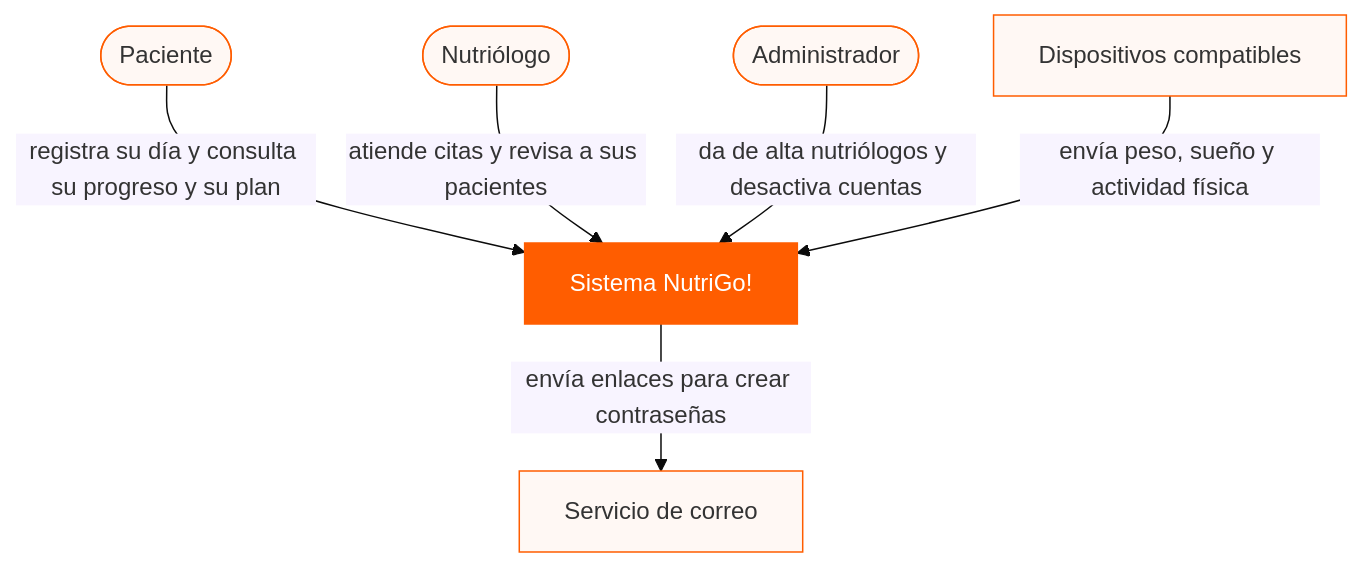
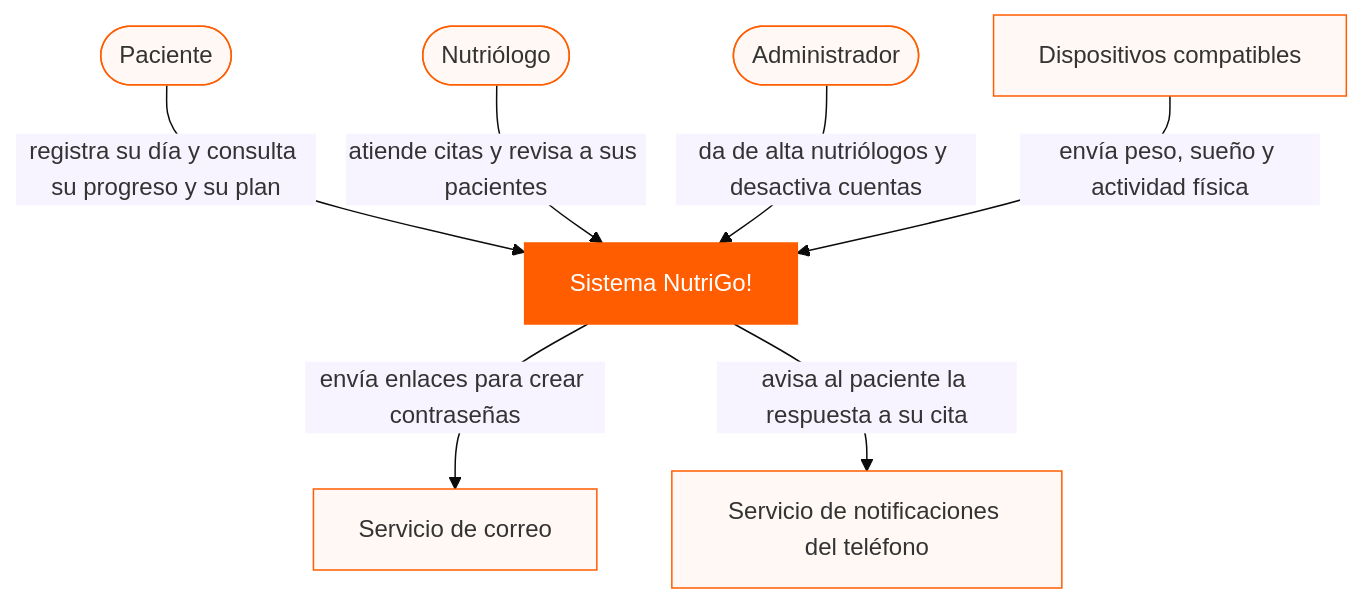
The first of 5 diagrams in docs/arch/diagramas.md (D1eVr/NutriGo-Nutritional-Analysis), drawn with Mermaid before and after one commit. The commit also changed other lines of this file and 13 other files, not shown here.

First line of the commit message:
Add architectural decision records and diagrams for NutriGo!

````diff
--- a/docs/arch/diagramas.md
+++ b/docs/arch/diagramas.md
@@ -30,18 +47,20 @@
 ```mermaid
 %%{init: {'theme':'base','themeVariables':{'primaryColor':'#fff8f4','primaryBorderColor':'#ff5d00'}}}%%
 flowchart TD
     pac([Paciente])
     nut([Nutriólogo])
     adm([Administrador])
     sis[Sistema NutriGo!]
     disp[Dispositivos compatibles]
     correo[Servicio de correo]
+    avisos[Servicio de notificaciones del teléfono]
 
     pac -->|registra su día y consulta su progreso y su plan| sis
     nut -->|atiende citas y revisa a sus pacientes| sis
     adm -->|da de alta nutriólogos y desactiva cuentas| sis
     disp -->|envía peso, sueño y actividad física| sis
     sis -->|envía enlaces para crear contraseñas| correo
+    sis -->|avisa al paciente la respuesta a su cita| avisos
 
     style sis fill:#ff5d00,color:#fff
 ```
````
